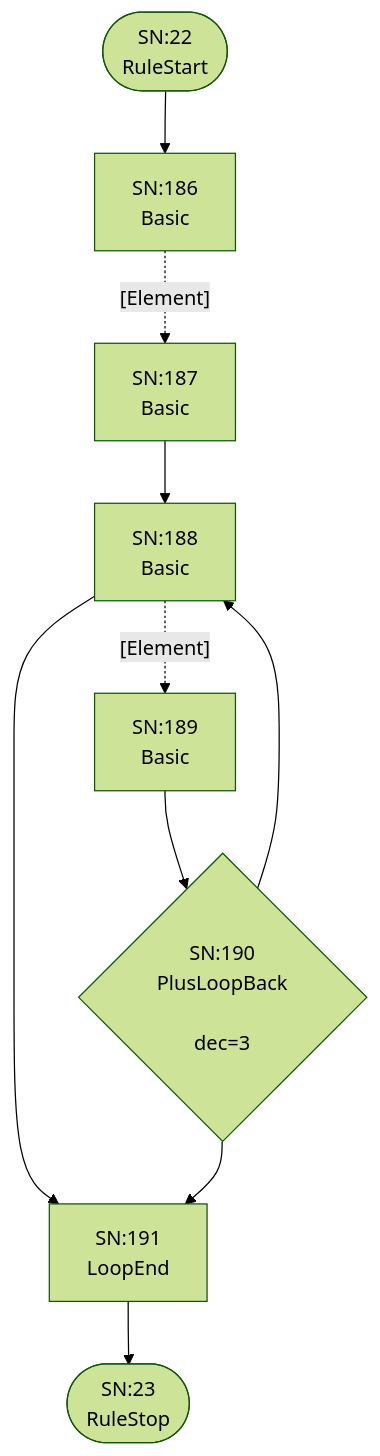
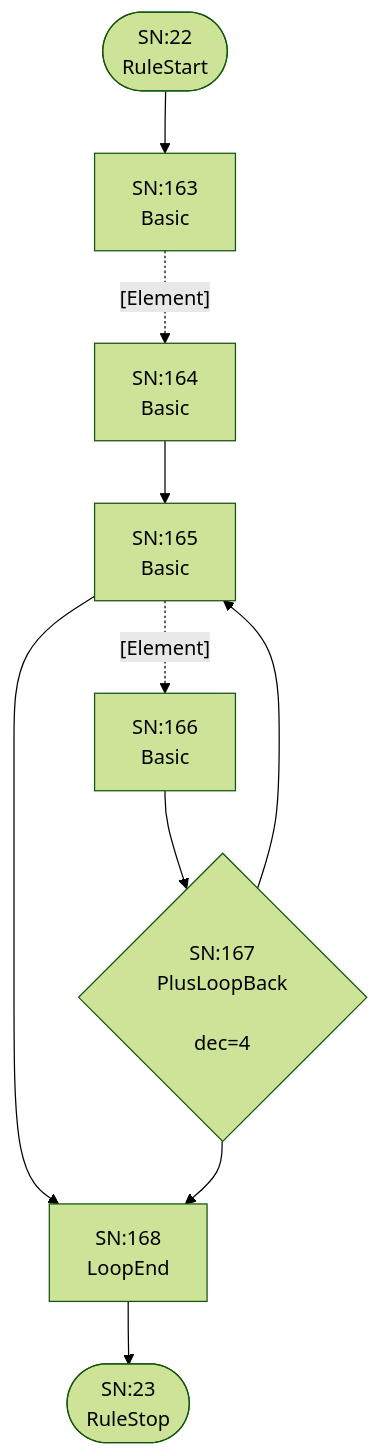
One commit to TypeFox/fastbelt changed diagram 12 of 25 in internal/grammar/atn.md. Above: the diagram before and after it, drawn with Mermaid (forest theme). The commit also changed other lines of this file and 12 other files, not shown here.

````diff
--- a/internal/grammar/atn.md
+++ b/internal/grammar/atn.md
@@ -358,21 +358,21 @@
 ```mermaid
 flowchart TD
     q22(["SN:22<br/>RuleStart"])
     q23(["SN:23<br/>RuleStop"])
-    q186["SN:186<br/>Basic<br/>"]
-    q187["SN:187<br/>Basic<br/>"]
-    q188["SN:188<br/>Basic<br/>"]
-    q189["SN:189<br/>Basic<br/>"]
-    q190{"SN:190<br/>PlusLoopBack<br/><br/>dec=3"}
-    q191["SN:191<br/>LoopEnd<br/>"]
+    q163["SN:163<br/>Basic<br/>"]
+    q164["SN:164<br/>Basic<br/>"]
+    q165["SN:165<br/>Basic<br/>"]
+    q166["SN:166<br/>Basic<br/>"]
+    q167{"SN:167<br/>PlusLoopBack<br/><br/>dec=4"}
+    q168["SN:168<br/>LoopEnd<br/>"]
 
-    q22 --> q186
-    q186 -.->|"[Element]"| q187
-    q187 --> q188
-    q188 -.->|"[Element]"| q189
-    q188 --> q191
-    q189 --> q190
-    q190 --> q188
-    q190 --> q191
-    q191 --> q23
+    q22 --> q163
+    q163 -.->|"[Element]"| q164
+    q164 --> q165
+    q165 -.->|"[Element]"| q166
+    q165 --> q168
+    q166 --> q167
+    q167 --> q165
+    q167 --> q168
+    q168 --> q23
 ```
````
